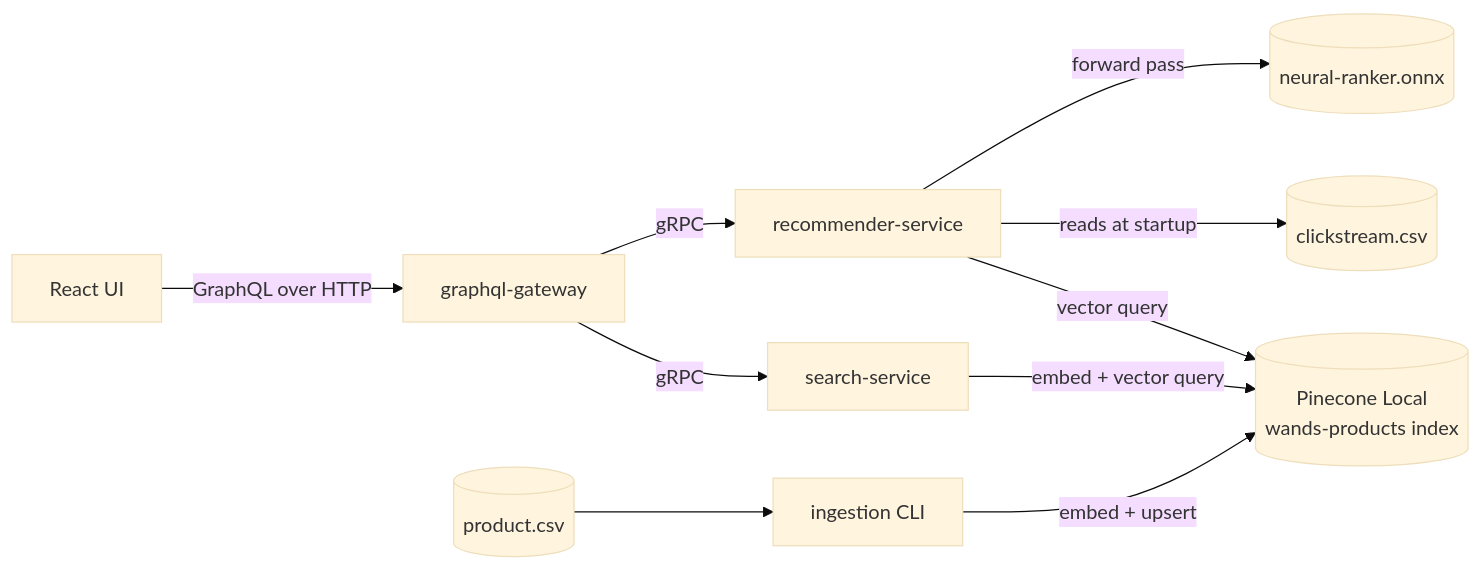
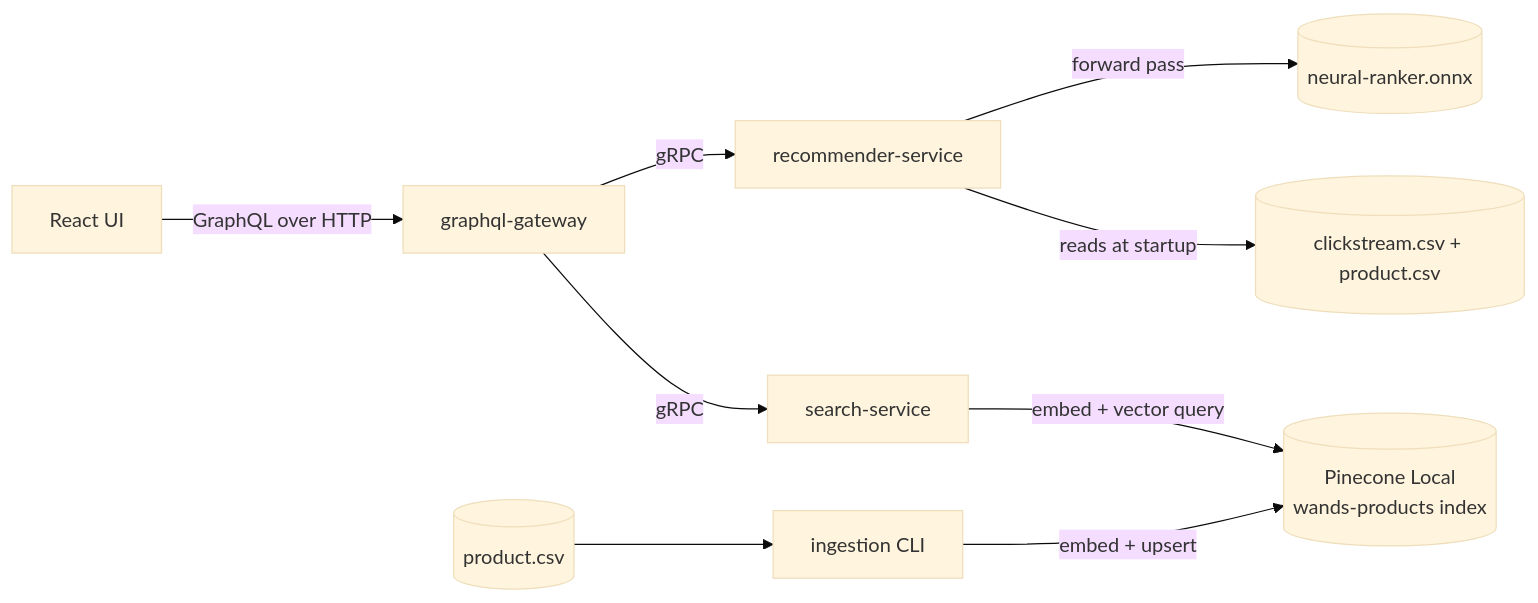
The diagram in README.md (avantiwhenever/recommendation-engine), drawn with Mermaid (base theme) before and after one commit. The commit also changed other lines of this file and 92 other files, not shown here.

First line of the commit message:
M2-M5: recommender-service, graphql-gateway, web UI, training pipeline, CI

````diff
--- a/README.md
+++ b/README.md
@@ -80,12 +80,11 @@
 ```mermaid
 flowchart LR
     ui[React UI] -- GraphQL over HTTP --> gw[graphql-gateway]
     gw -- gRPC --> ss[search-service]
     gw -- gRPC --> rs[recommender-service]
     ss -- embed + vector query --> pc[(Pinecone Local<br/>wands-products index)]
-    rs -- vector query --> pc
-    rs -- reads at startup --> cs[(clickstream.csv)]
+    rs -- reads at startup --> cs[(clickstream.csv + product.csv)]
     rs -- forward pass --> onnx[(neural-ranker.onnx)]
     ingest[ingestion CLI] -- embed + upsert --> pc
     wands[(product.csv)] --> ingest
 ```
````
